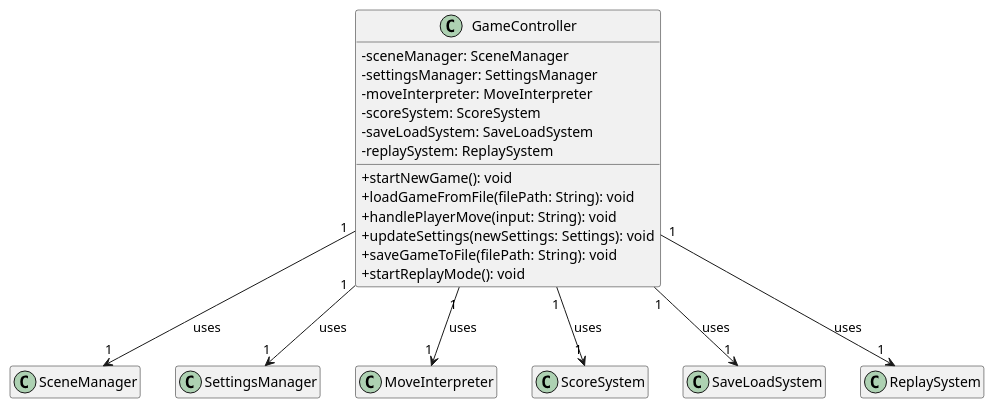
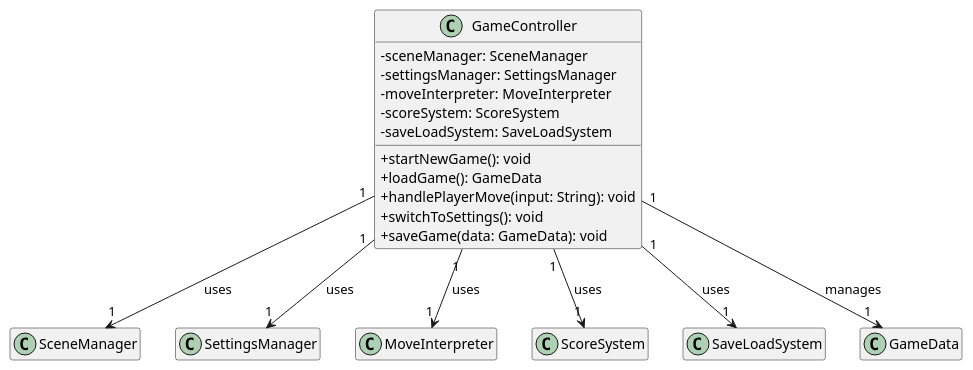
Before and after one commit to Turbo-Chess/Turbo-Chess: the diagram in docs/Controller.puml, drawn with PlantUML.

Commit message:
Refactor GameController class: update method signatures and remove unused ReplaySystem dependency

```diff
--- a/docs/Controller.puml
+++ b/docs/Controller.puml
@@ -1,30 +1,28 @@
 @startuml Controller
     skinparam classAttributeIconSize 0
     hide empty fields
     hide empty methods
 
     ' --- Controller Principale ---
     class GameController {
         -sceneManager: SceneManager
         -settingsManager: SettingsManager
         -moveInterpreter: MoveInterpreter
         -scoreSystem: ScoreSystem
         -saveLoadSystem: SaveLoadSystem
-        -replaySystem: ReplaySystem
 
         +startNewGame(): void
-        +loadGameFromFile(filePath: String): void
+        +loadGame(): GameData
         +handlePlayerMove(input: String): void
-        +updateSettings(newSettings: Settings): void
-        +saveGameToFile(filePath: String): void
-        +startReplayMode(): void
+        +switchToSettings(): void
+        +saveGame(data: GameData): void
     }
 
     ' --- Dipendenze ---
     GameController "1" --> "1" SceneManager : uses
     GameController "1" --> "1" SettingsManager : uses
     GameController "1" --> "1" MoveInterpreter : uses
     GameController "1" --> "1" ScoreSystem : uses
     GameController "1" --> "1" SaveLoadSystem : uses
-    GameController "1" --> "1" ReplaySystem : uses
+    GameController "1" --> "1" GameData : manages
 @enduml
```
